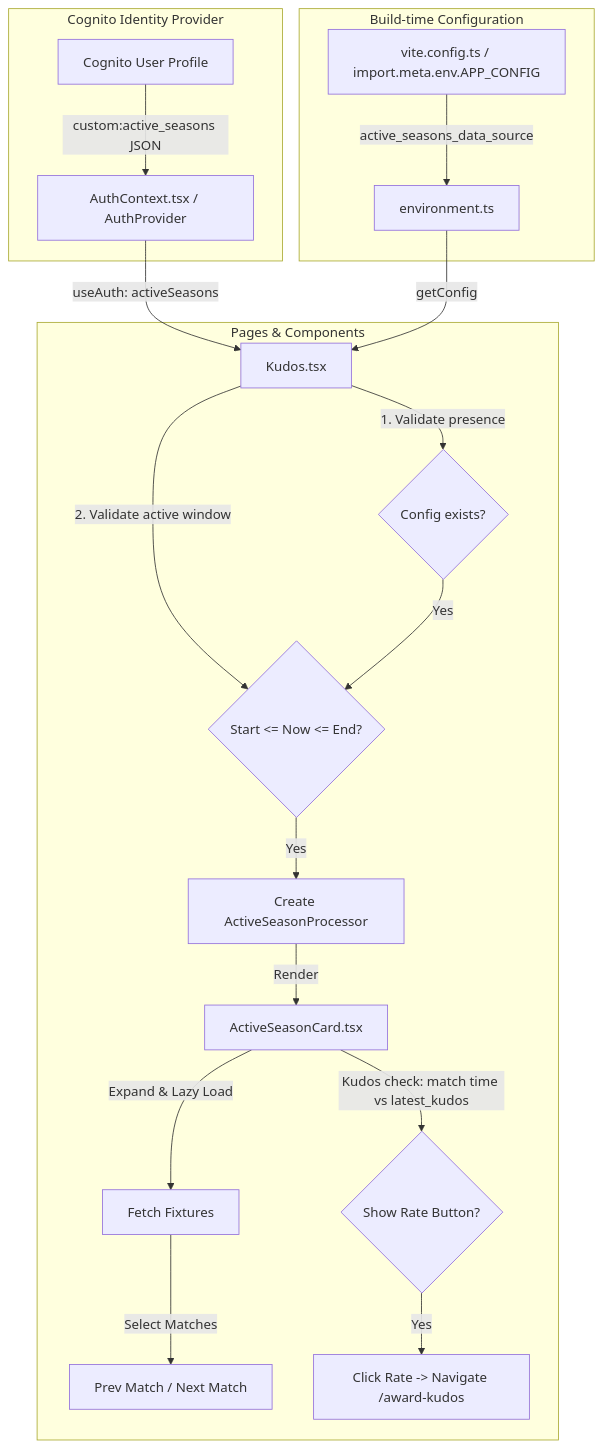
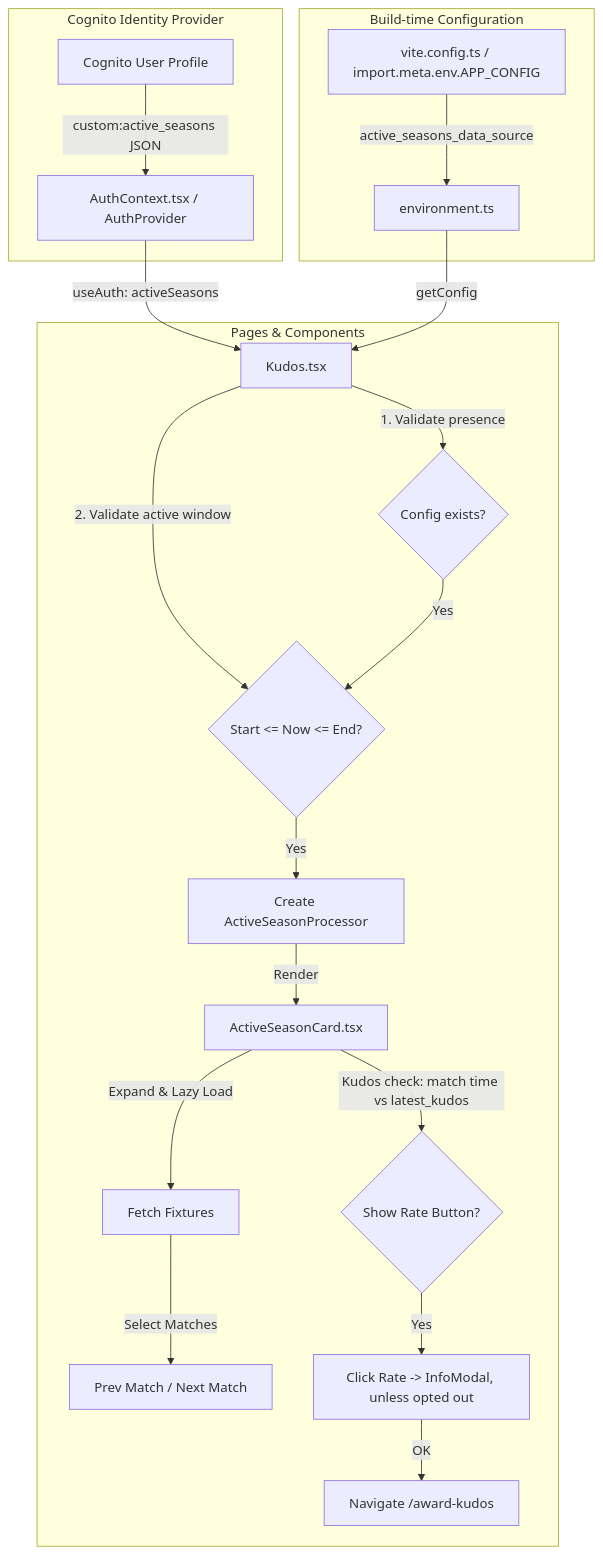
The diagram in prompts/codebase_info/FrontendInSeasonDomainLogic.md (lucaminudel/TTLeaguePlayers), drawn with Mermaid before and after one commit. The commit also changed other lines of this file and 1 other file, not shown here.

Commit message:
Prompts: updated prompts domain and codebase documentation

````diff
--- a/prompts/codebase_info/FrontendInSeasonDomainLogic.md
+++ b/prompts/codebase_info/FrontendInSeasonDomainLogic.md
@@ -146,27 +147,28 @@
 ```mermaid
 graph TD
     subgraph Cognito Identity Provider
         C[Cognito User Profile] -->|custom:active_seasons JSON| ACP[AuthContext.tsx / AuthProvider]
     end
 
     subgraph Build-time Configuration
         BC[vite.config.ts / import.meta.env.APP_CONFIG] -->|active_seasons_data_source| ENV[environment.ts]
     end
 
     subgraph Pages & Components
         ACP -->|useAuth: activeSeasons| K[Kudos.tsx]
         ENV -->|getConfig| K
         
         K -->|1. Validate presence| V1{Config exists?}
         K -->|2. Validate active window| V2{Start <= Now <= End?}
         
         V1 -->|Yes| V2
         V2 -->|Yes| P[Create ActiveSeasonProcessor]
         
         P -->|Render| ASC[ActiveSeasonCard.tsx]
         ASC -->|Expand & Lazy Load| F[Fetch Fixtures]
         F -->|Select Matches| PM[Prev Match / Next Match]
         ASC -->|Kudos check: match time vs latest_kudos| RB{Show Rate Button?}
-        RB -->|Yes| RM[Click Rate -> Navigate /award-kudos]
+        RB -->|Yes| IM[Click Rate -> InfoModal, unless opted out]
+        IM -->|OK| RM[Navigate /award-kudos]
     end
 ```
````
